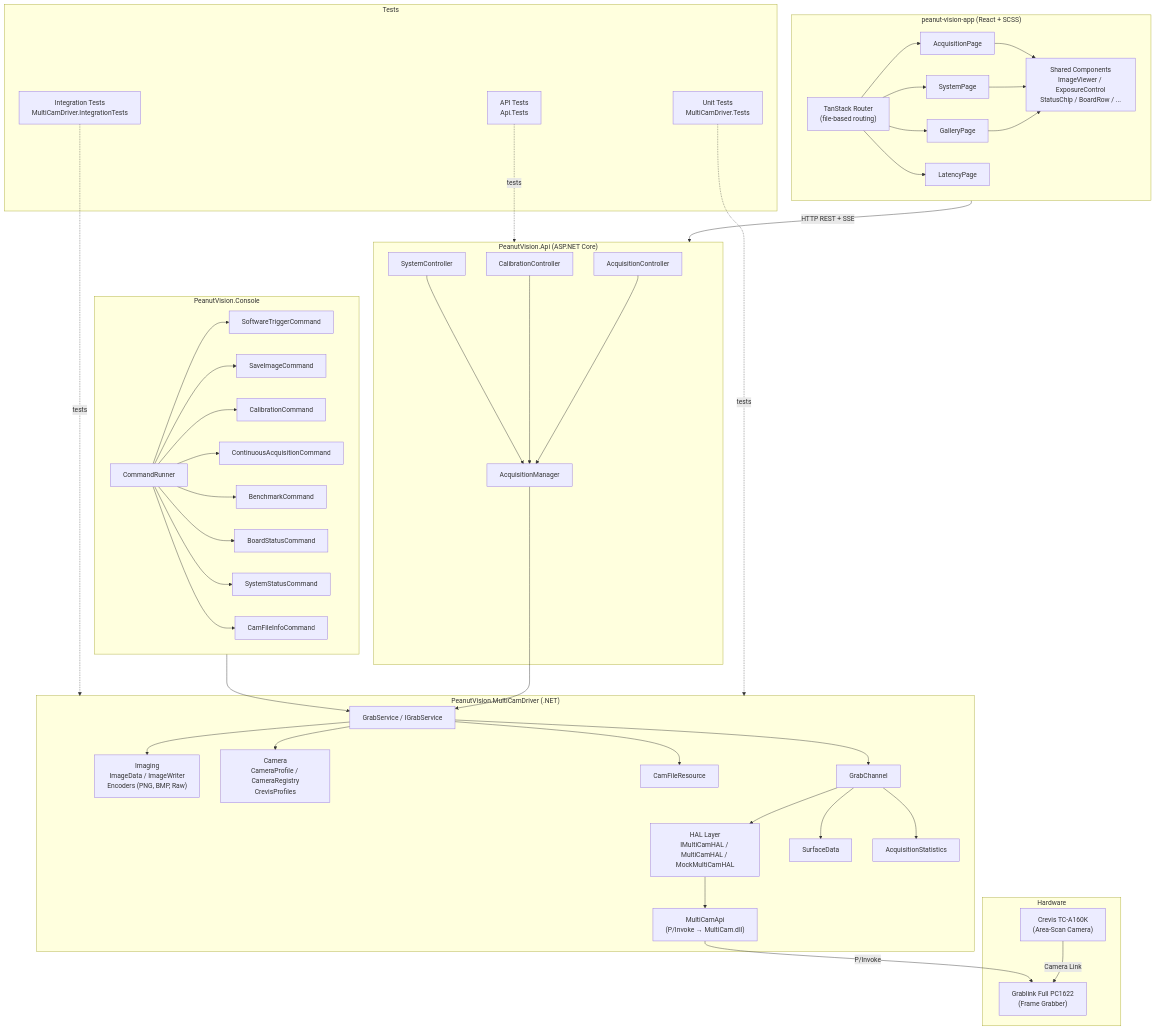
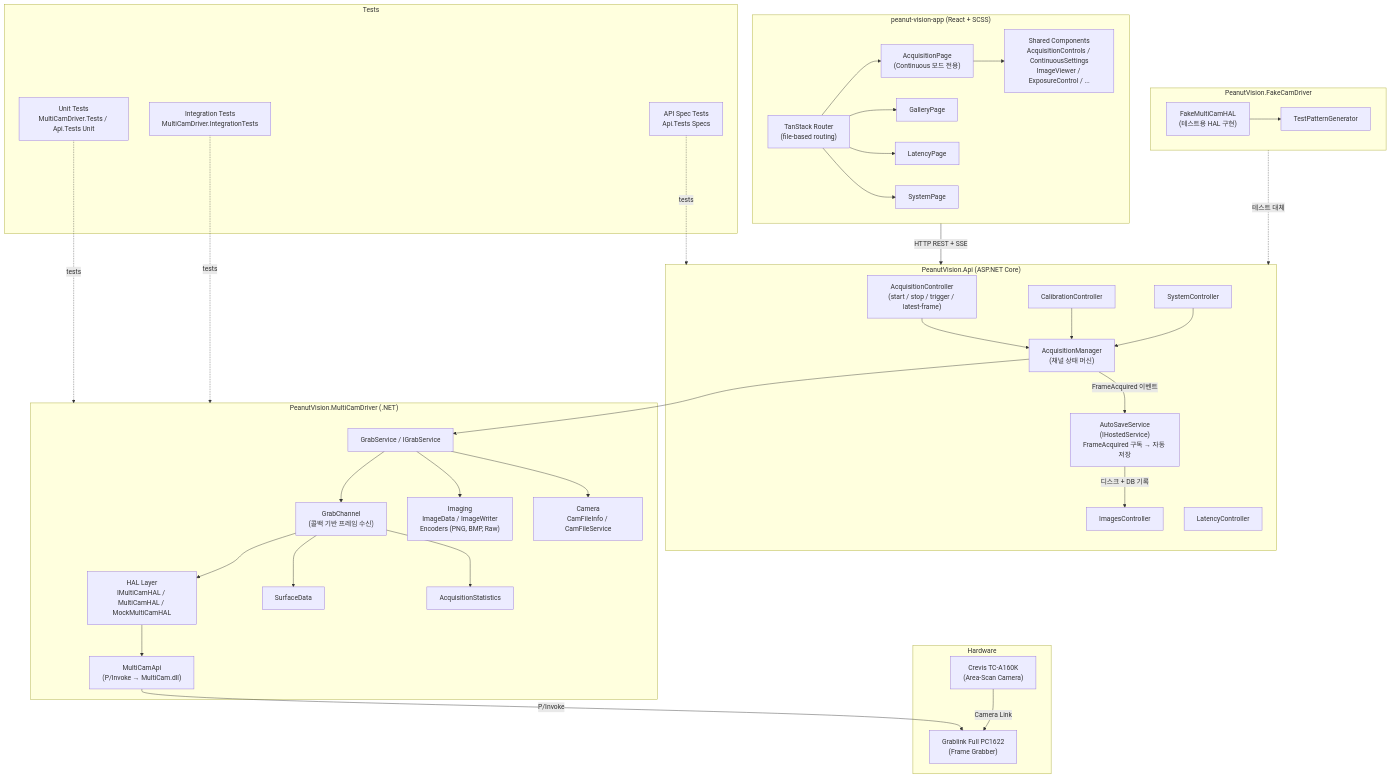
One commit to peanudge/peanut-factory changed the first of 2 diagrams in OVERVIEW.md. Above: the diagram before and after it, drawn with Mermaid. The commit also changed other lines of this file, not shown here.

First line of the commit message:
docs: update OVERVIEW.md to reflect current architecture

```diff
--- a/OVERVIEW.md
+++ b/OVERVIEW.md
@@ -14,12 +14,11 @@
         HAL["HAL Layer\nIMultiCamHAL / MultiCamHAL / MockMultiCamHAL"]
         MCAPI["MultiCamApi\n(P/Invoke → MultiCam.dll)"]
         GS["GrabService / IGrabService"]
-        GC["GrabChannel"]
+        GC["GrabChannel\n(콜백 기반 프레임 수신)"]
         IMG["Imaging\nImageData / ImageWriter\nEncoders (PNG, BMP, Raw)"]
-        CAMS["Camera\nCameraProfile / CameraRegistry\nCrevisProfiles"]
+        CAMF["Camera\nCamFileInfo / CamFileService"]
         SURF["SurfaceData"]
         STATS["AcquisitionStatistics"]
-        CAMF["CamFileResource"]
 
         GS --> GC
         GC --> HAL
@@ -27,69 +26,56 @@
         GC --> SURF
         GC --> STATS
         GS --> IMG
-        GS --> CAMS
         GS --> CAMF
     end
 
     subgraph API["PeanutVision.Api (ASP.NET Core)"]
-        ACQC["AcquisitionController"]
+        ACQC["AcquisitionController\n(start / stop / trigger / latest-frame)"]
         CALC["CalibrationController"]
         SYSC["SystemController"]
-        ACQM["AcquisitionManager"]
+        IMGC["ImagesController"]
+        LATC["LatencyController"]
+        ACQM["AcquisitionManager\n(채널 상태 머신)"]
+        AUTOSAVE["AutoSaveService\n(IHostedService)\nFrameAcquired 구독 → 자동 저장"]
 
         ACQC --> ACQM
         CALC --> ACQM
         SYSC --> ACQM
         ACQM --> GS
+        ACQM -->|"FrameAcquired 이벤트"| AUTOSAVE
+        AUTOSAVE -->|"디스크 + DB 기록"| IMGC
     end
 
-    subgraph CLI["PeanutVision.Console"]
-        CMD["CommandRunner"]
-        SOFT["SoftwareTriggerCommand"]
-        SAVE["SaveImageCommand"]
-        CALIB["CalibrationCommand"]
-        CONT["ContinuousAcquisitionCommand"]
-        BENCH["BenchmarkCommand"]
-        BOARD["BoardStatusCommand"]
-        STATUS["SystemStatusCommand"]
-        CAMINFO["CamFileInfoCommand"]
-
-        CMD --> SOFT
-        CMD --> SAVE
-        CMD --> CALIB
-        CMD --> CONT
-        CMD --> BENCH
-        CMD --> BOARD
-        CMD --> STATUS
-        CMD --> CAMINFO
+    subgraph FakeCam["PeanutVision.FakeCamDriver"]
+        FHAL["FakeMultiCamHAL\n(테스트용 HAL 구현)"]
+        FGEN["TestPatternGenerator"]
+        FHAL --> FGEN
     end
 
     subgraph UI["peanut-vision-app (React + SCSS)"]
         ROUTER["TanStack Router\n(file-based routing)"]
-        SYSPAGE["SystemPage"]
-        ACQPAGE["AcquisitionPage"]
+        ACQPAGE["AcquisitionPage\n(Continuous 모드 전용)"]
         GALPAGE["GalleryPage"]
         LATPAGE["LatencyPage"]
-        SHARED["Shared Components\nImageViewer / ExposureControl\nStatusChip / BoardRow / ..."]
+        SYSPAGE["SystemPage"]
+        SHARED["Shared Components\nAcquisitionControls / ContinuousSettings\nImageViewer / ExposureControl / ..."]
 
-        ROUTER --> SYSPAGE
         ROUTER --> ACQPAGE
         ROUTER --> GALPAGE
         ROUTER --> LATPAGE
+        ROUTER --> SYSPAGE
         ACQPAGE --> SHARED
-        SYSPAGE --> SHARED
-        GALPAGE --> SHARED
     end
 
     subgraph Tests["Tests"]
-        UT["Unit Tests\nMultiCamDriver.Tests"]
+        UT["Unit Tests\nMultiCamDriver.Tests / Api.Tests Unit"]
         IT["Integration Tests\nMultiCamDriver.IntegrationTests"]
-        AT["API Tests\nApi.Tests"]
+        AT["API Spec Tests\nApi.Tests Specs"]
     end
 
     MCAPI -->|"P/Invoke"| GL
-    CLI --> GS
     UI -->|"HTTP REST + SSE"| API
+    FakeCam -.->|"테스트 대체"| API
     UT -.->|tests| Driver
     IT -.->|tests| Driver
     AT -.->|tests| API
```
